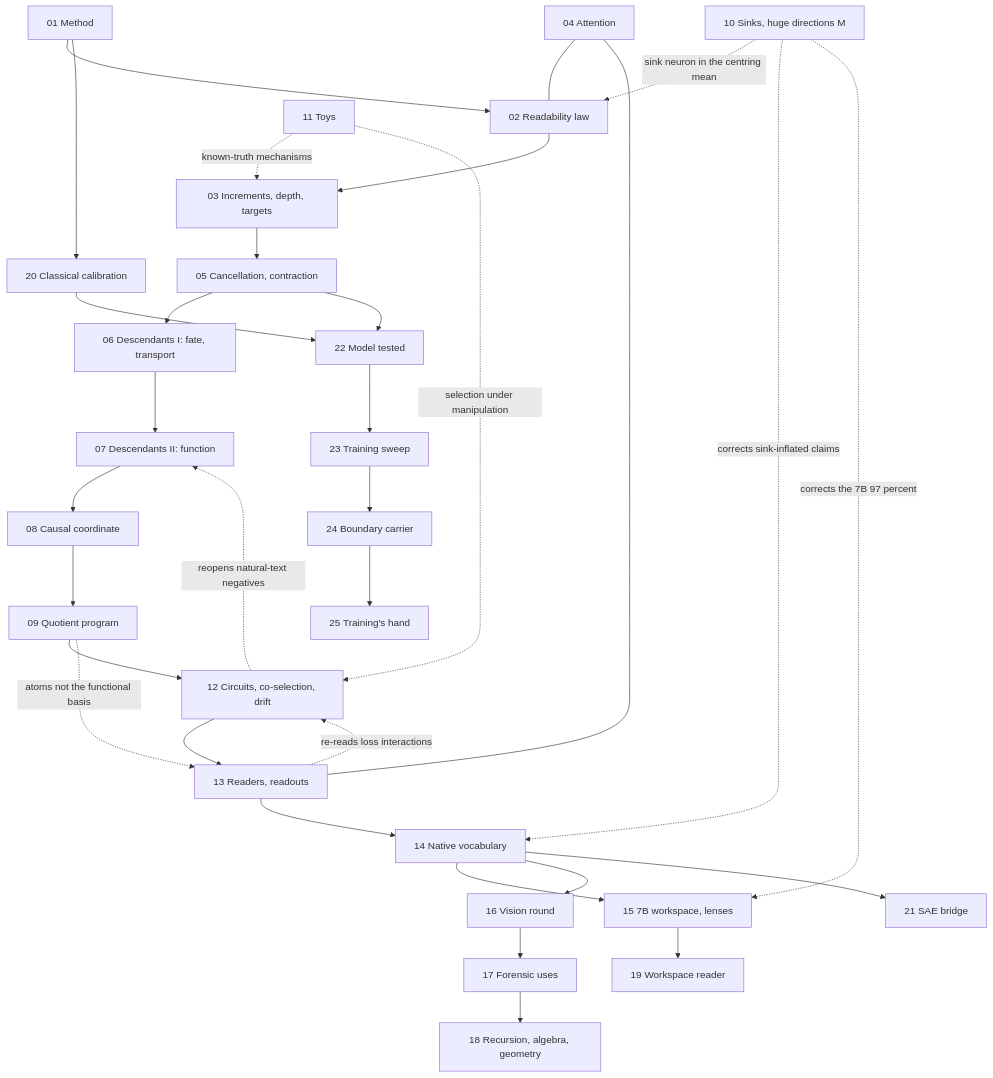
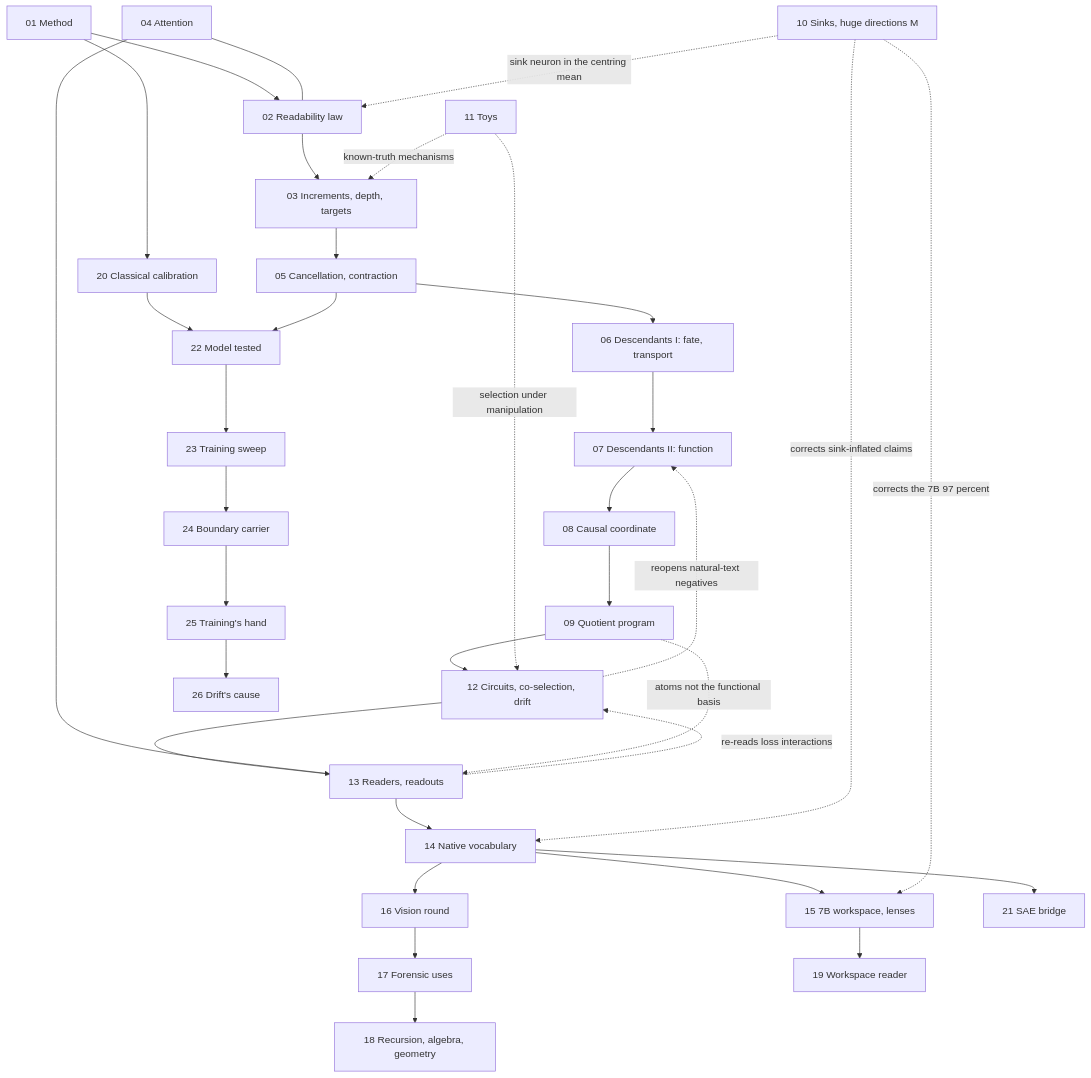
The diagram in README.md (sunmoonron/wdd-descendants), drawn with Mermaid before and after one commit. The commit also changed other lines of this file and 21 other files, not shown here.

````diff
--- a/README.md
+++ b/README.md
@@ -45,35 +46,36 @@
 ```mermaid
 flowchart TD
   A01["01 Method"] --> A02["02 Readability law"]
   A02 --> A03["03 Increments, depth, targets"]
   A03 --> A05["05 Cancellation, contraction"]
   A05 --> A06["06 Descendants I: fate, transport"]
   A06 --> A07["07 Descendants II: function"]
   A07 --> A08["08 Causal coordinate"]
   A08 --> A09["09 Quotient program"]
   A09 --> A12["12 Circuits, co-selection, drift"]
   A12 --> A13["13 Readers, readouts"]
   A13 --> A14["14 Native vocabulary"]
   A14 --> A15["15 7B workspace, lenses"]
   A14 --> A16["16 Vision round"]
   A16 --> A17["17 Forensic uses"]
   A17 --> A18["18 Recursion, algebra, geometry"]
   A15 --> A19["19 Workspace reader"]
   A01 --> A20["20 Classical calibration"]
   A14 --> A21["21 SAE bridge"]
   A20 --> A22["22 Model tested"]
   A22 --> A23["23 Training sweep"]
   A23 --> A24["24 Boundary carrier"]
   A24 --> A25["25 Training's hand"]
+  A25 --> A26["26 Drift's cause"]
   A05 --> A22
   A04["04 Attention"] --- A02
   A04 --- A13
   A10["10 Sinks, huge directions M"] -.->|sink neuron in the centring mean| A02
   A10 -.->|corrects sink-inflated claims| A14
   A10 -.->|corrects the 7B 97 percent| A15
   A11["11 Toys"] -.->|known-truth mechanisms| A03
   A11 -.->|selection under manipulation| A12
   A12 -.->|reopens natural-text negatives| A07
   A13 -.->|re-reads loss interactions| A12
   A09 -.->|atoms not the functional basis| A13
 ```
````
